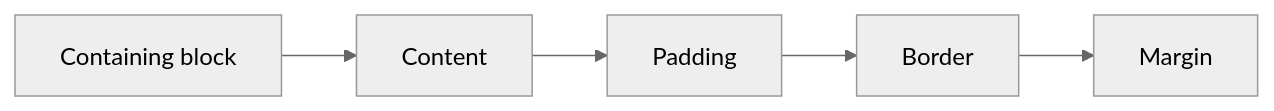
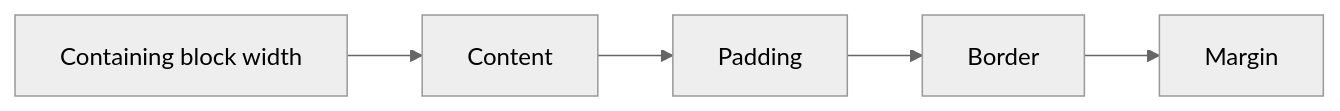
One commit to prajjwaljogdand/FullstackPreparation changed the third of 5 diagrams in docs/browser/04-css-internals.md. Above: the diagram before and after it, drawn with Mermaid (neutral theme). The commit also changed other lines of this file and 91 other files, not shown here.

````diff
--- a/docs/browser/04-css-internals.md
+++ b/docs/browser/04-css-internals.md
@@ -63,7 +321,7 @@
 ```mermaid
 flowchart LR
-  CB[Containing block] --> Content[Content]
+  CB["Containing block width"] --> Content["Content"]
   Content --> Padding
   Padding --> Border
   Border --> Margin
 ```
````
